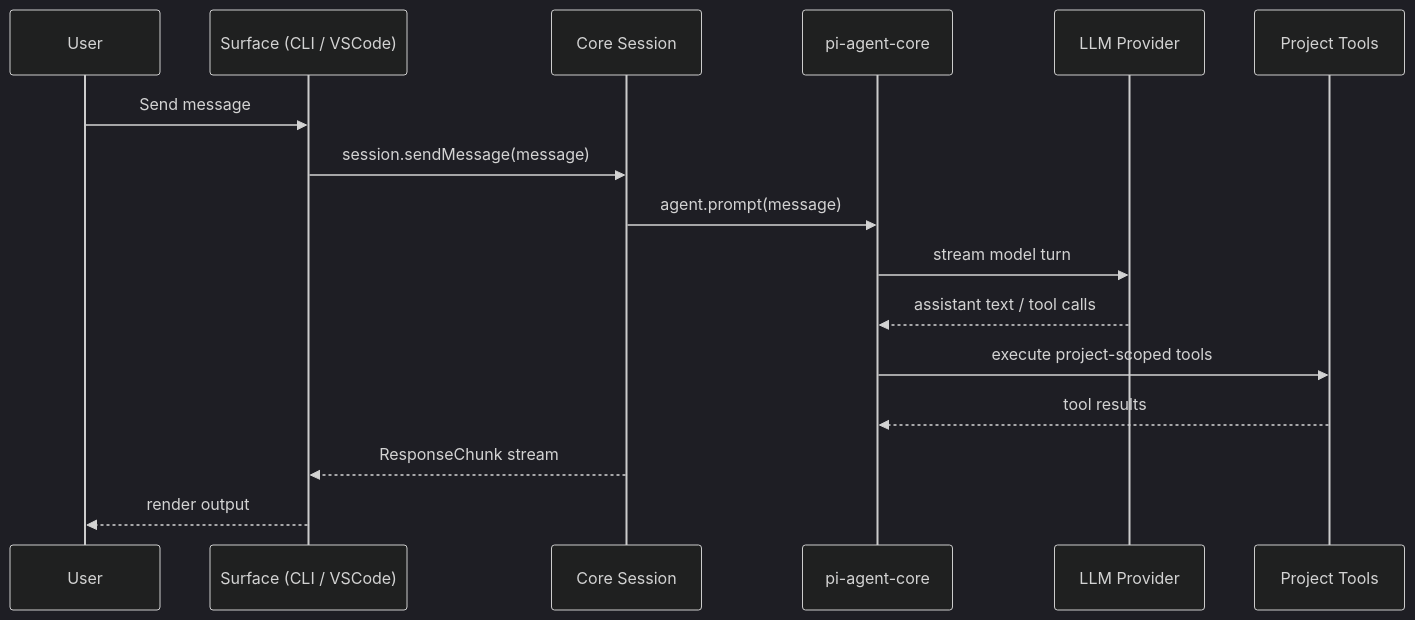
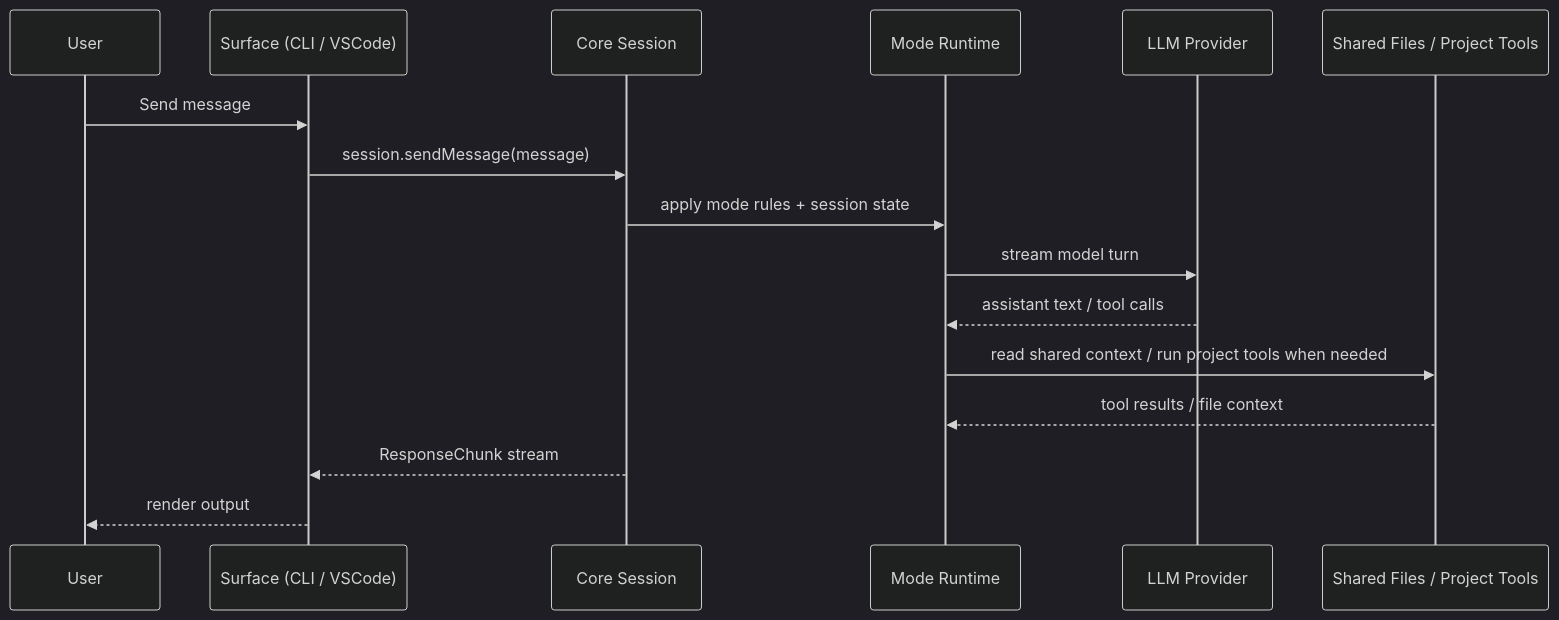
The second of 2 diagrams in README.md (ShafayetSadi/struggle-code), drawn with Mermaid (dark theme) before and after one commit. The commit also changed other lines of this file and 13 other files, not shown here.

````diff
--- a/README.md
+++ b/README.md
@@ -239,19 +198,19 @@
 ```mermaid
 sequenceDiagram
   participant U as User
   participant S as Surface (CLI / VSCode)
   participant C as Core Session
-  participant A as pi-agent-core
+  participant M as Mode Runtime
   participant L as LLM Provider
-  participant T as Project Tools
+  participant T as Shared Files / Project Tools
 
   U->>S: Send message
   S->>C: session.sendMessage(message)
-  C->>A: agent.prompt(message)
-  A->>L: stream model turn
-  L-->>A: assistant text / tool calls
-  A->>T: execute project-scoped tools
-  T-->>A: tool results
+  C->>M: apply mode rules + session state
+  M->>L: stream model turn
+  L-->>M: assistant text / tool calls
+  M->>T: read shared context / run project tools when needed
+  T-->>M: tool results / file context
   C-->>S: ResponseChunk stream
   S-->>U: render output
 ```
````
